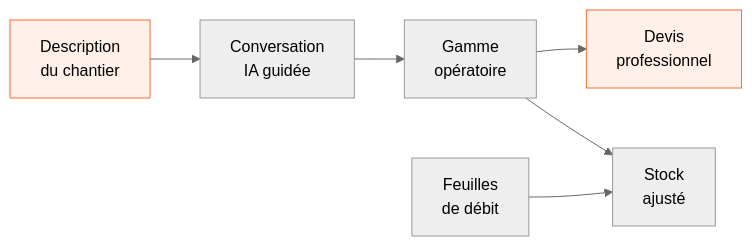
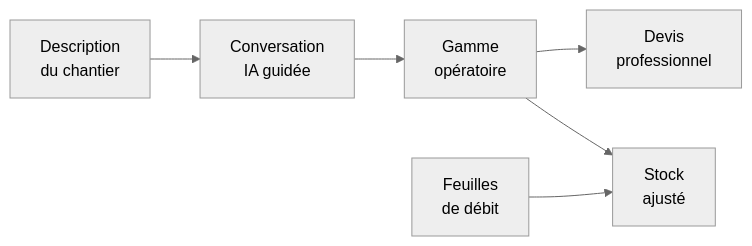
One commit to jbdaudet/leplusgrandnombre changed the fifth of 6 diagrams in content/applications.md. Above: the diagram before and after it, drawn with Mermaid (neutral theme). The commit also changed other lines of this file and 4 other files, not shown here.

Commit message:
update of the design scroll back up behavior + mermaid graphs rebuild

```diff
--- a/content/applications.md
+++ b/content/applications.md
@@ -198,11 +179,8 @@
 {{< mermaid >}}
 flowchart LR
     A["Description\ndu chantier"] --> B["Conversation\nIA guidée"]
     B --> C["Gamme\nopératoire"]
     C --> D["Devis\nprofessionnel"]
     C --> E["Stock\najusté"]
     F["Feuilles\nde débit"] --> E
-
-    style A fill:#FFF0E9,stroke:#FF6B35
-    style D fill:#FFF0E9,stroke:#FF6B35
 {{< /mermaid >}}
```
